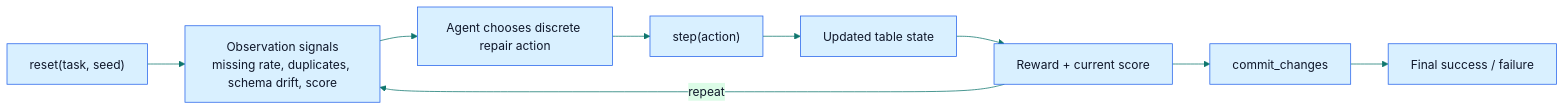
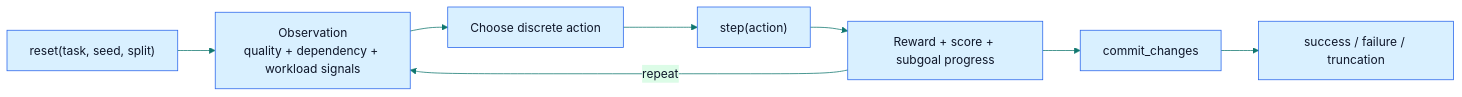
One commit to SahilKumar75/mario-the-plumber changed the diagram in README.md. Above: the diagram before and after it, drawn with Mermaid. The commit also changed other lines of this file and 4 other files, not shown here.

Commit message:
tighten README and regenerate benchmark charts

````diff
--- a/README.md
+++ b/README.md
@@ -21,12 +34,11 @@
 ```mermaid
 %%{init: {'theme': 'base', 'themeVariables': { 'primaryColor': '#d9f0ff', 'primaryTextColor': '#0f172a', 'primaryBorderColor': '#2563eb', 'lineColor': '#0f766e', 'secondaryColor': '#dcfce7', 'tertiaryColor': '#fef3c7'}}}%%
 flowchart LR
-    A["reset(task, seed)"] --> B["Observation signals<br/>missing rate, duplicates, schema drift, score"]
-    B --> C["Agent chooses discrete repair action"]
+    A["reset(task, seed, split)"] --> B["Observation<br/>quality + dependency + workload signals"]
+    B --> C["Choose discrete action"]
     C --> D["step(action)"]
-    D --> E["Updated table state"]
-    E --> F["Reward + current score"]
-    F -->|repeat| B
-    F --> G["commit_changes"]
-    G --> H["Final success / failure"]
+    D --> E["Reward + score + subgoal progress"]
+    E -->|repeat| B
+    E --> F["commit_changes"]
+    F --> G["success / failure / truncation"]
 ```
````
